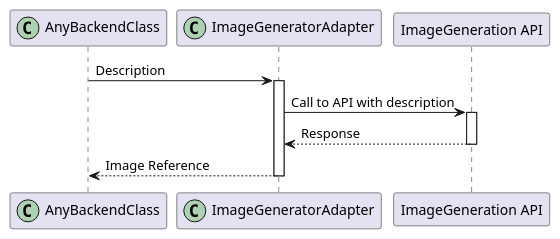
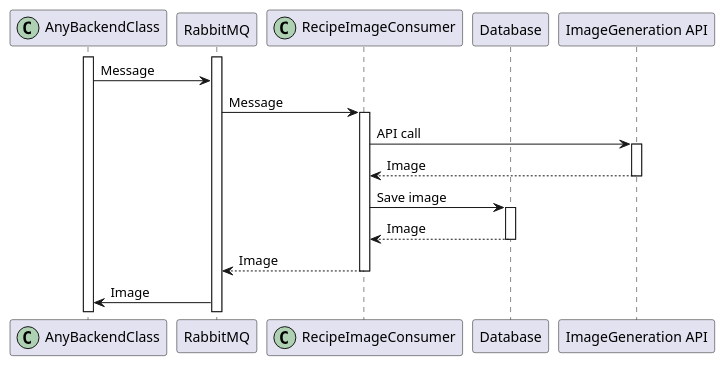
The third of 6 diagrams in SequenceDiagrams.md (kambed/FoodzillaArchitecture), drawn with PlantUML before and after one commit. The commit also changed other lines of this file, not shown here.

Commit message:
Update sequence diagrams

````diff
--- a/SequenceDiagrams.md
+++ b/SequenceDiagrams.md
@@ -57,14 +67,25 @@
 ```plantuml
 @startuml
 participant AnyBackendClass << (C,#ADD1B2) >>
-participant ImageGeneratorAdapter  << (C,#ADD1B2) >>
+participant "RabbitMQ" as rabbitmq
+participant RecipeImageConsumer  << (C,#ADD1B2) >>
+participant "Database" as db
 participant "ImageGeneration API" as imageGenerationApi
 
-AnyBackendClass -> ImageGeneratorAdapter: Description
-activate ImageGeneratorAdapter
-ImageGeneratorAdapter -> imageGenerationApi: Call to API with description
+activate AnyBackendClass
+activate rabbitmq
+AnyBackendClass -> rabbitmq: Message
+rabbitmq -> RecipeImageConsumer: Message
+activate RecipeImageConsumer
+RecipeImageConsumer -> imageGenerationApi: API call
 activate imageGenerationApi
-return Response
-return Image Reference
+return Image
+RecipeImageConsumer -> db: Save image
+activate db
+return Image
+return Image
+rabbitmq -> AnyBackendClass: Image
+
+
 @enduml
 ```
````
